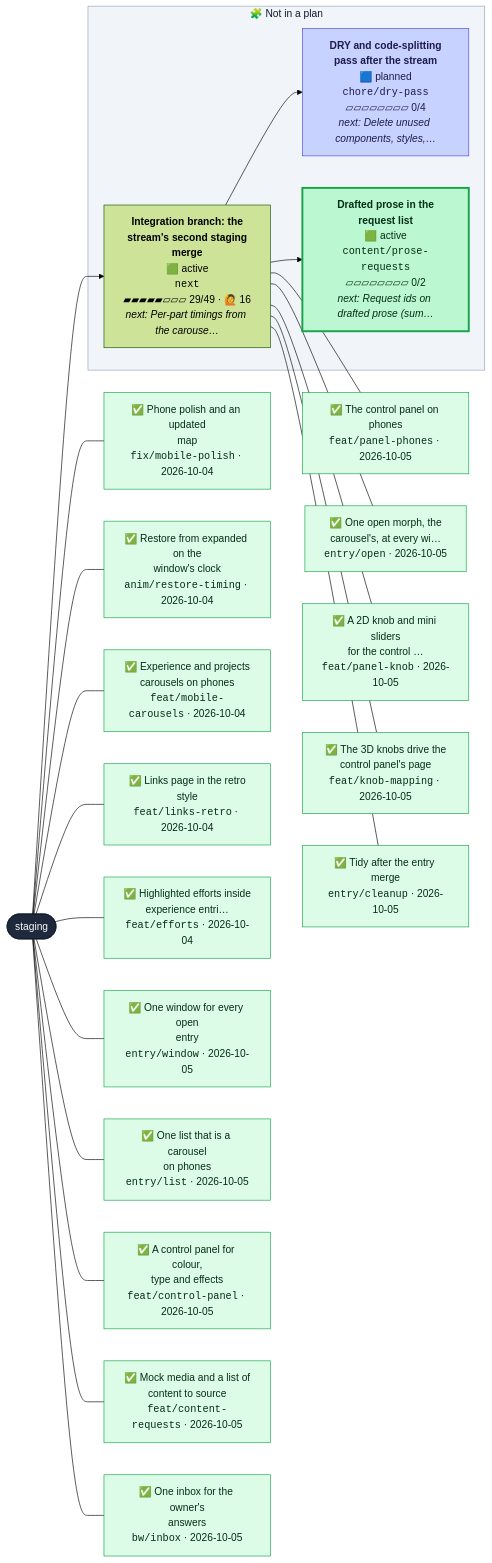
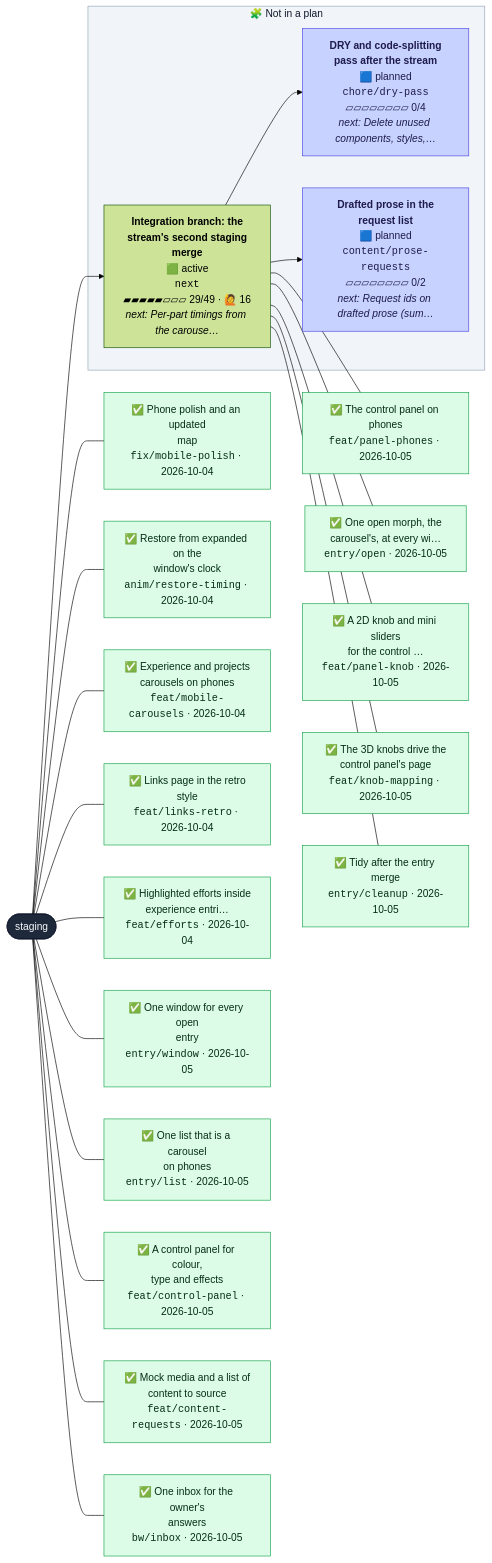
Before and after one commit to henryjonescodes/portfolio: the second of 2 diagrams in CONTRIBUTING.md, drawn with Mermaid (forest theme). The commit also changed other lines of this file, not shown here.

````diff
--- a/CONTRIBUTING.md
+++ b/CONTRIBUTING.md
@@ -63,71 +57,71 @@
 ```mermaid
 flowchart LR
   n_staging([staging])
   class n_staging trunk
   subgraph loose["🧩 Not in a plan"]
     n_chore_dry_pass["<b>DRY and code-splitting<br/>pass after the stream</b><br/>🟦 planned<br/><code>chore/dry-pass</code><br/>▱▱▱▱▱▱▱▱ 0/4<br/><i>next: Delete unused components, styles,…</i>"]
     class n_chore_dry_pass planned
-    n_content_prose_requests["<b>Drafted prose in the<br/>request list</b><br/>🟩 active<br/><code>content/prose-requests</code><br/>▱▱▱▱▱▱▱▱ 0/2<br/><i>next: Request ids on drafted prose (sum…</i>"]
-    class n_content_prose_requests active
+    n_content_prose_requests["<b>Drafted prose in the<br/>request list</b><br/>🟦 planned<br/><code>content/prose-requests</code><br/>▱▱▱▱▱▱▱▱ 0/2<br/><i>next: Request ids on drafted prose (sum…</i>"]
+    class n_content_prose_requests planned
     n_next["<b>Integration branch: the<br/>stream's second staging<br/>merge</b><br/>🟩 active<br/><code>next</code><br/>▰▰▰▰▰▱▱▱ 29/49 · 🙋 16<br/><i>next: Per-part timings from the carouse…</i>"]
     class n_next active,current
   end
   style loose fill:#f1f5f9,stroke:#94a3b8,color:#0f172a
   n_next --> n_chore_dry_pass
   n_next --> n_content_prose_requests
   n_staging --> n_next
   landed_0["✅ Phone polish and an updated<br/>map<br/><code>fix/mobile-polish</code> · 2026-10-04"]
   class landed_0 merged
   n_staging --- landed_0
   landed_1["✅ Restore from expanded on the<br/>window's clock<br/><code>anim/restore-timing</code> · 2026-10-04"]
   class landed_1 merged
   n_staging --- landed_1
   landed_2["✅ Experience and projects<br/>carousels on phones<br/><code>feat/mobile-carousels</code> · 2026-10-04"]
   class landed_2 merged
   n_staging --- landed_2
   landed_3["✅ Links page in the retro<br/>style<br/><code>feat/links-retro</code> · 2026-10-04"]
   class landed_3 merged
   n_staging --- landed_3
   landed_4["✅ Highlighted efforts inside<br/>experience entri…<br/><code>feat/efforts</code> · 2026-10-04"]
   class landed_4 merged
   n_staging --- landed_4
   landed_5["✅ One window for every open<br/>entry<br/><code>entry/window</code> · 2026-10-05"]
   class landed_5 merged
   n_staging --- landed_5
   landed_6["✅ One list that is a carousel<br/>on phones<br/><code>entry/list</code> · 2026-10-05"]
   class landed_6 merged
   n_staging --- landed_6
   landed_7["✅ A control panel for colour,<br/>type and effects<br/><code>feat/control-panel</code> · 2026-10-05"]
   class landed_7 merged
   n_staging --- landed_7
   landed_8["✅ Mock media and a list of<br/>content to source<br/><code>feat/content-requests</code> · 2026-10-05"]
   class landed_8 merged
   n_staging --- landed_8
   landed_9["✅ One inbox for the owner's<br/>answers<br/><code>bw/inbox</code> · 2026-10-05"]
   class landed_9 merged
   n_staging --- landed_9
   landed_10["✅ The control panel on phones<br/><code>feat/panel-phones</code> · 2026-10-05"]
   class landed_10 merged
   n_next --- landed_10
   landed_11["✅ One open morph, the<br/>carousel's, at every wi…<br/><code>entry/open</code> · 2026-10-05"]
   class landed_11 merged
   n_next --- landed_11
   landed_12["✅ A 2D knob and mini sliders<br/>for the control …<br/><code>feat/panel-knob</code> · 2026-10-05"]
   class landed_12 merged
   n_next --- landed_12
   landed_13["✅ The 3D knobs drive the<br/>control panel's page<br/><code>feat/knob-mapping</code> · 2026-10-05"]
   class landed_13 merged
   n_next --- landed_13
   landed_14["✅ Tidy after the entry merge<br/><code>entry/cleanup</code> · 2026-10-05"]
   class landed_14 merged
   n_next --- landed_14
   classDef merged fill:#dcfce7,stroke:#16a34a,color:#052e16
   classDef todo fill:#ffffff,stroke:#94a3b8,stroke-dasharray:2 2,color:#334155
   classDef planned fill:#c7d2fe,stroke:#4f46e5,color:#1e1b4b
   classDef sketched fill:#f8fafc,stroke:#64748b,stroke-dasharray:4 3,color:#334155
   classDef active fill:#bbf7d0,stroke:#16a34a,stroke-width:3px,color:#052e16
   classDef review fill:#fde68a,stroke:#d97706,stroke-width:3px,color:#451a03
   classDef blocked fill:#fecaca,stroke:#dc2626,stroke-width:3px,color:#450a0a
   classDef trunk fill:#1e293b,stroke:#0f172a,color:#f8fafc
   classDef current stroke:#0ea5e9,stroke-width:5px
 ```
````
